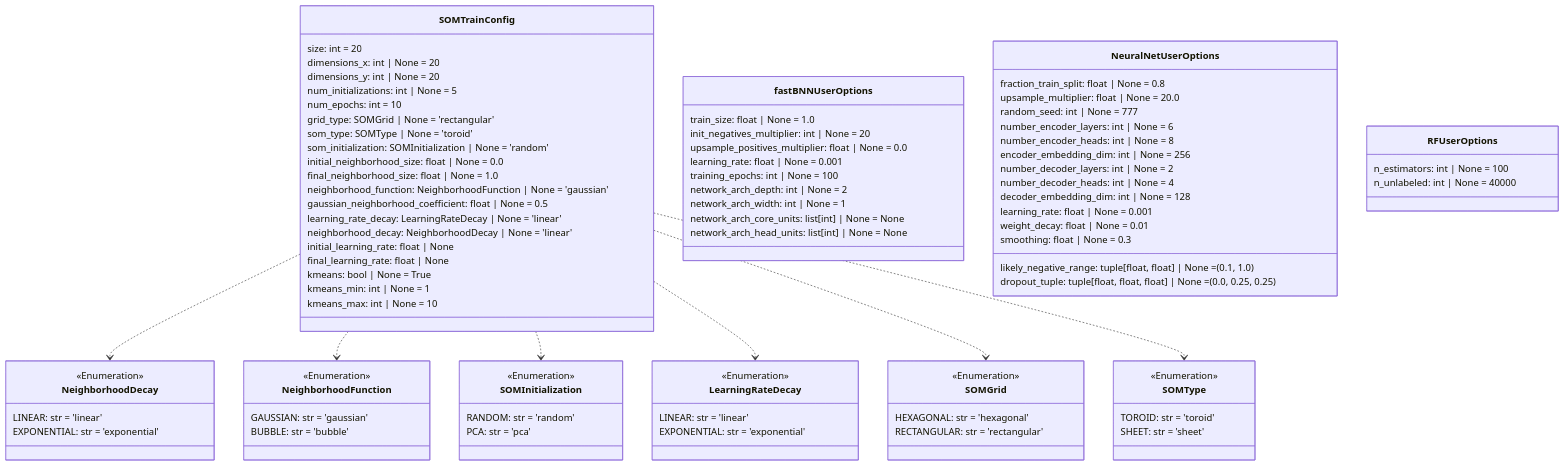
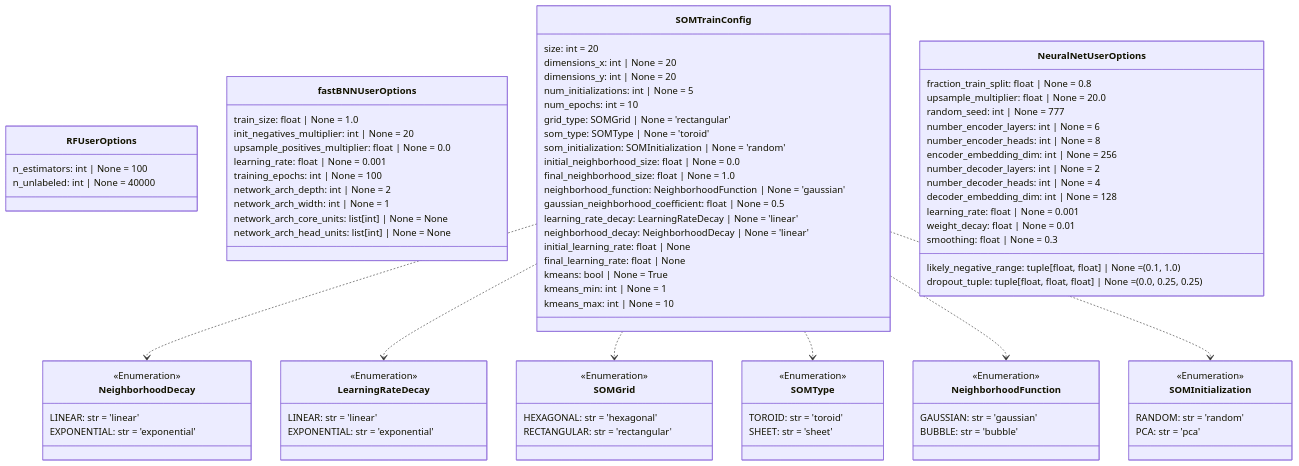
Before and after one commit to DARPA-CRITICALMAAS/cdr_schemas: diagram 14 of 14 in README.md, drawn with Mermaid. The commit also changed other lines of this file and 2 other files, not shown here.

````diff
--- a/README.md
+++ b/README.md
@@ -1324,5 +1324,28 @@
 ```mermaid
 classDiagram
+
+    class NeighborhoodDecay {
+        <<Enumeration>>
+        LINEAR: str = 'linear'
+        EXPONENTIAL: str = 'exponential'
+    }
+
+    class RFUserOptions {
+        n_estimators: int | None = 100
+        n_unlabeled: int | None = 40000
+    }
+
+    class fastBNNUserOptions {
+        train_size: float | None = 1.0
+        init_negatives_multiplier: int | None = 20
+        upsample_positives_multiplier: float | None = 0.0
+        learning_rate: float | None = 0.001
+        training_epochs: int | None = 100
+        network_arch_depth: int | None = 2
+        network_arch_width: int | None = 1
+        network_arch_core_units: list[int] | None = None
+        network_arch_head_units: list[int] | None = None
+    }
 
     class SOMTrainConfig {
         size: int = 20
@@ -1346,40 +1369,16 @@
         kmeans_max: int | None = 10
     }
 
-    class fastBNNUserOptions {
-        train_size: float | None = 1.0
-        init_negatives_multiplier: int | None = 20
-        upsample_positives_multiplier: float | None = 0.0
-        learning_rate: float | None = 0.001
-        training_epochs: int | None = 100
-        network_arch_depth: int | None = 2
-        network_arch_width: int | None = 1
-        network_arch_core_units: list[int] | None = None
-        network_arch_head_units: list[int] | None = None
-    }
-
-    class LearningRateDecay {
+    class SOMGrid {
         <<Enumeration>>
-        LINEAR: str = 'linear'
-        EXPONENTIAL: str = 'exponential'
+        HEXAGONAL: str = 'hexagonal'
+        RECTANGULAR: str = 'rectangular'
     }
 
     class SOMInitialization {
         <<Enumeration>>
         RANDOM: str = 'random'
         PCA: str = 'pca'
-    }
-
-    class SOMGrid {
-        <<Enumeration>>
-        HEXAGONAL: str = 'hexagonal'
-        RECTANGULAR: str = 'rectangular'
-    }
-
-    class NeighborhoodDecay {
-        <<Enumeration>>
-        LINEAR: str = 'linear'
-        EXPONENTIAL: str = 'exponential'
     }
 
     class NeuralNetUserOptions {
@@ -1399,10 +1398,10 @@
         smoothing: float | None = 0.3
     }
 
-    class NeighborhoodFunction {
+    class LearningRateDecay {
         <<Enumeration>>
-        GAUSSIAN: str = 'gaussian'
-        BUBBLE: str = 'bubble'
+        LINEAR: str = 'linear'
+        EXPONENTIAL: str = 'exponential'
     }
 
     class SOMType {
@@ -1411,17 +1410,18 @@
         SHEET: str = 'sheet'
     }
 
-    class RFUserOptions {
-        n_estimators: int | None = 100
-        n_unlabeled: int | None = 40000
+    class NeighborhoodFunction {
+        <<Enumeration>>
+        GAUSSIAN: str = 'gaussian'
+        BUBBLE: str = 'bubble'
     }
 
     SOMTrainConfig ..> NeighborhoodDecay
-    SOMTrainConfig ..> NeighborhoodFunction
-    SOMTrainConfig ..> SOMInitialization
     SOMTrainConfig ..> LearningRateDecay
     SOMTrainConfig ..> SOMGrid
     SOMTrainConfig ..> SOMType
+    SOMTrainConfig ..> NeighborhoodFunction
+    SOMTrainConfig ..> SOMInitialization
 
 
 ```
````
